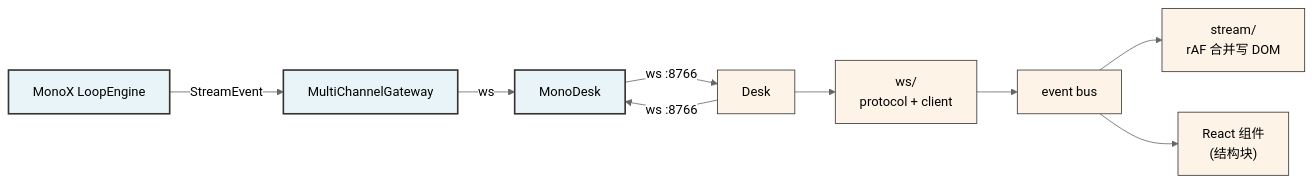
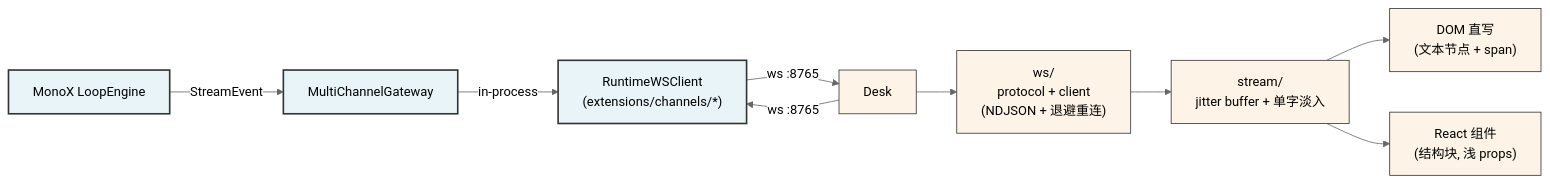
One commit to halcyonway/MonoDesk changed the diagram in README.md. Above: the diagram before and after it, drawn with Mermaid (neutral theme). The commit also changed other lines of this file and 14 other files, not shown here.

````diff
--- a/README.md
+++ b/README.md
@@ -18,16 +19,16 @@
 ```mermaid
 graph LR
     Loop["MonoX LoopEngine"] -->|StreamEvent| GW["MultiChannelGateway"]
-    GW -->|ws| Ch["MonoDeskChannel<br/>(ws server :8766)"]
-    Ch -->|ws :8766| Desk
-    Desk -->|ws :8766| Ch["MonoDesk"]
-    Desk --> WS["ws/<br/>protocol + client"]
-    WS --> Bus["event bus"]
-    Bus --> Engine["stream/<br/>rAF 合并写 DOM"]
-    Bus --> React["React 组件<br/>(结构块)"]
+    GW -->|in-process| RuntimeWSClient["RuntimeWSClient<br/>(extensions/channels/*)"]
+    RuntimeWSClient -->|ws :8765| Desk
+    Desk -->|ws :8765| RuntimeWSClient
+    Desk --> WS["ws/<br/>protocol + client<br/>(NDJSON + 退避重连)"]
+    WS --> Engine["stream/<br/>jitter buffer + 单字淡入"]
+    Engine --> DOM["DOM 直写<br/>(文本节点 + span)"]
+    Engine --> React["React 组件<br/>(结构块, 浅 props)"]
 
     classDef mono fill:#e8f4f8,stroke:#333,stroke-width:2px
     classDef desk fill:#fdf3e7,stroke:#333,stroke-width:1px
-    class Loop,GW,Ch mono
-    class Desk,WS,Bus,Engine,React desk
+    class Loop,GW,RuntimeWSClient mono
+    class Desk,WS,Engine,DOM,React desk
 ```
````
